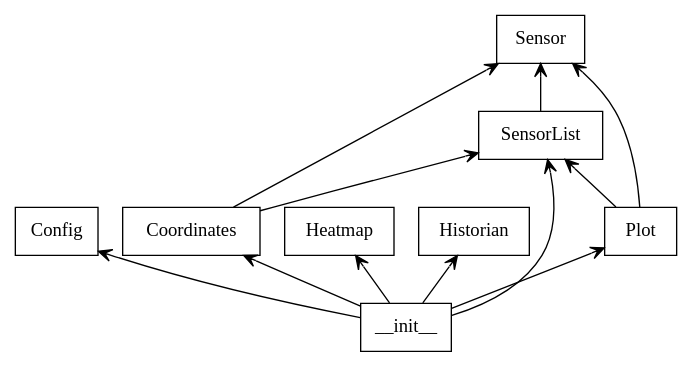
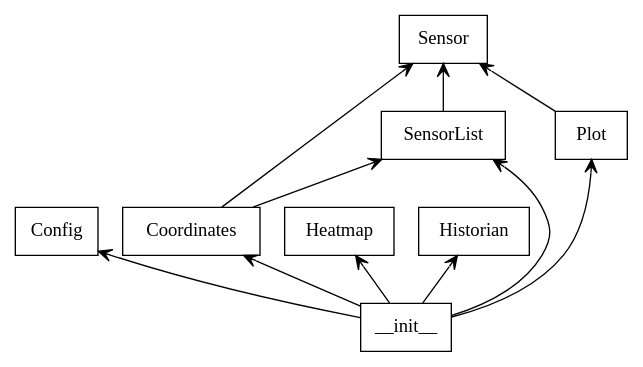
Before and after one commit to willemvandergaag/NUC: the diagram in src/packages.dot, drawn with Graphviz. The commit also changed 15 other files, not shown here.

```diff
--- a/src/packages.dot
+++ b/src/packages.dot
@@ -1,23 +1,22 @@
 digraph "packages" {
 charset="utf-8"
 rankdir=BT
 "0" [label="Config", shape="box"];
 "1" [label="Coordinates", shape="box"];
 "2" [label="Heatmap", shape="box"];
 "3" [label="Historian", shape="box"];
 "4" [label="Plot", shape="box"];
 "5" [label="Sensor", shape="box"];
 "6" [label="SensorList", shape="box"];
 "7" [label="__init__", shape="box"];
 "1" -> "5" [arrowhead="open", arrowtail="none"];
 "1" -> "6" [arrowhead="open", arrowtail="none"];
 "4" -> "5" [arrowhead="open", arrowtail="none"];
-"4" -> "6" [arrowhead="open", arrowtail="none"];
 "6" -> "5" [arrowhead="open", arrowtail="none"];
 "7" -> "0" [arrowhead="open", arrowtail="none"];
 "7" -> "1" [arrowhead="open", arrowtail="none"];
 "7" -> "2" [arrowhead="open", arrowtail="none"];
 "7" -> "3" [arrowhead="open", arrowtail="none"];
 "7" -> "4" [arrowhead="open", arrowtail="none"];
 "7" -> "6" [arrowhead="open", arrowtail="none"];
 }
```
